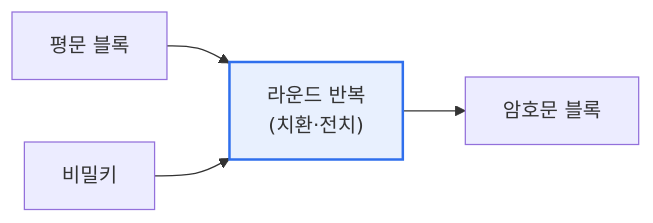
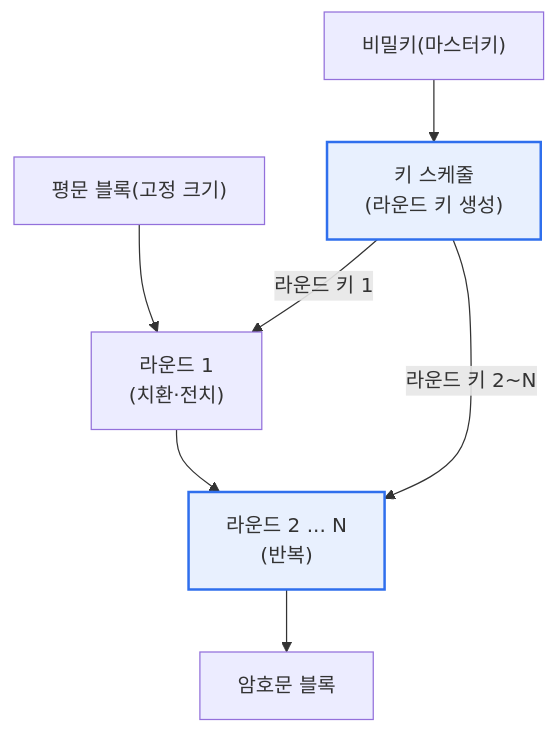
One commit to coninggu/wjdqhrhksflrltnftk changed the first of 3 diagrams in content/block-cipher.md. Above: the diagram before and after it, drawn with Mermaid. The commit also changed other lines of this file and 3 other files, not shown here.

````diff
--- a/content/block-cipher.md
+++ b/content/block-cipher.md
@@ -15,6 +21,11 @@
 ```mermaid
-flowchart LR
-  P[평문 블록] --> R["라운드 반복<br/>(치환·전치)"] --> C[암호문 블록]
-  K[비밀키] --> R
-  style R fill:#e8f0fe,stroke:#2f6fed,stroke-width:2px
+flowchart TB
+  K["비밀키(마스터키)"] --> KS["키 스케줄<br/>(라운드 키 생성)"]
+  P["평문 블록(고정 크기)"] --> R1["라운드 1<br/>(치환·전치)"]
+  KS -->|"라운드 키 1"| R1
+  R1 --> R2["라운드 2 ... N<br/>(반복)"]
+  KS -->|"라운드 키 2~N"| R2
+  R2 --> C["암호문 블록"]
+  style KS fill:#e8f0fe,stroke:#2f6fed,stroke-width:2px
+  style R2 fill:#e8f0fe,stroke:#2f6fed,stroke-width:2px
 ```
````
